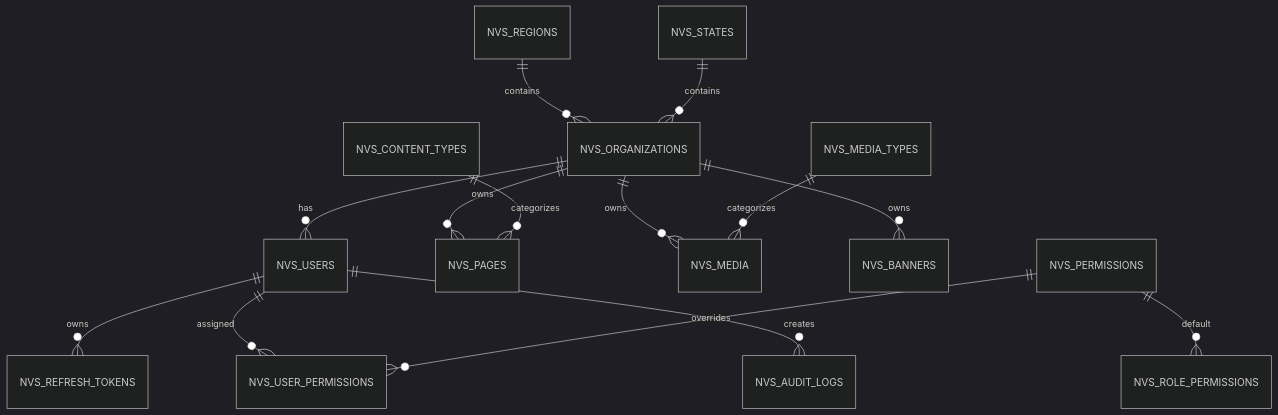
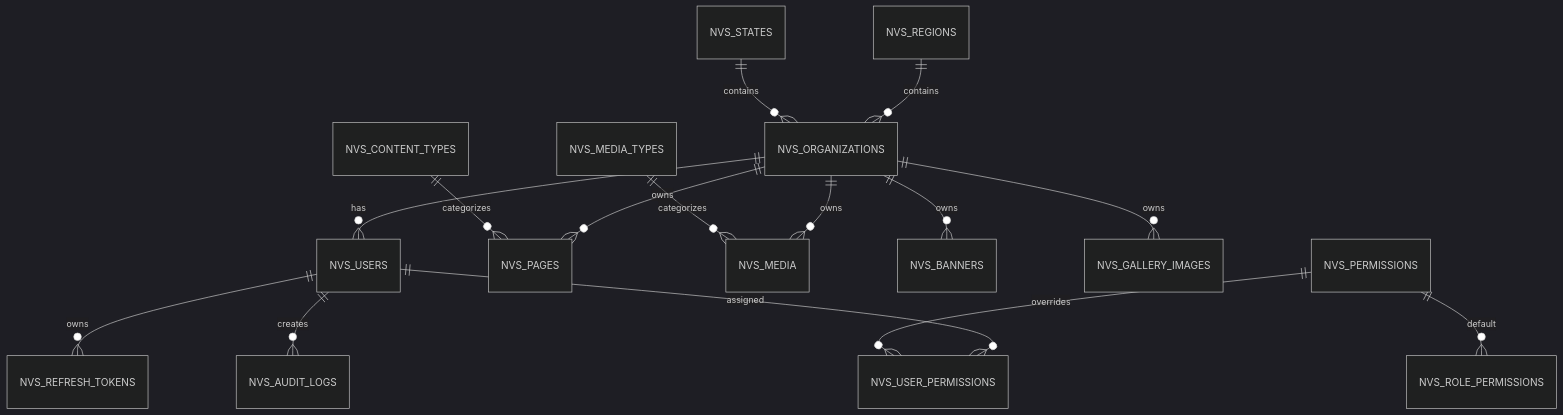
The diagram in docs/04_DATABASE_DESIGN.md (aravindbhardwaj/nvs_backend), drawn with Mermaid (dark theme) before and after one commit. The commit also changed other lines of this file and 20 other files, not shown here.

````diff
--- a/docs/04_DATABASE_DESIGN.md
+++ b/docs/04_DATABASE_DESIGN.md
@@ -1551,25 +1606,26 @@
 ```mermaid
 erDiagram
 
     NVS_REGIONS ||--o{ NVS_ORGANIZATIONS : contains
     NVS_STATES ||--o{ NVS_ORGANIZATIONS : contains
 
     NVS_ORGANIZATIONS ||--o{ NVS_USERS : has
     NVS_ORGANIZATIONS ||--o{ NVS_PAGES : owns
     NVS_ORGANIZATIONS ||--o{ NVS_MEDIA : owns
     NVS_ORGANIZATIONS ||--o{ NVS_BANNERS : owns
+    NVS_ORGANIZATIONS ||--o{ NVS_GALLERY_IMAGES : owns
 
     NVS_CONTENT_TYPES ||--o{ NVS_PAGES : categorizes
 
     NVS_MEDIA_TYPES ||--o{ NVS_MEDIA : categorizes
 
     NVS_USERS ||--o{ NVS_REFRESH_TOKENS : owns
 
     NVS_USERS ||--o{ NVS_USER_PERMISSIONS : assigned
 
     NVS_PERMISSIONS ||--o{ NVS_ROLE_PERMISSIONS : default
 
     NVS_PERMISSIONS ||--o{ NVS_USER_PERMISSIONS : overrides
 
     NVS_USERS ||--o{ NVS_AUDIT_LOGS : creates
 ```
````
